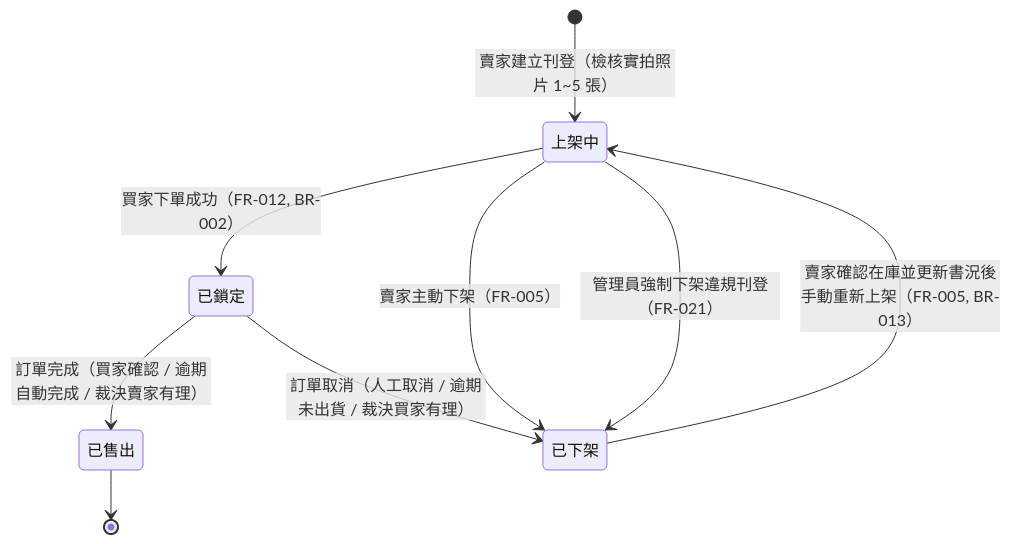
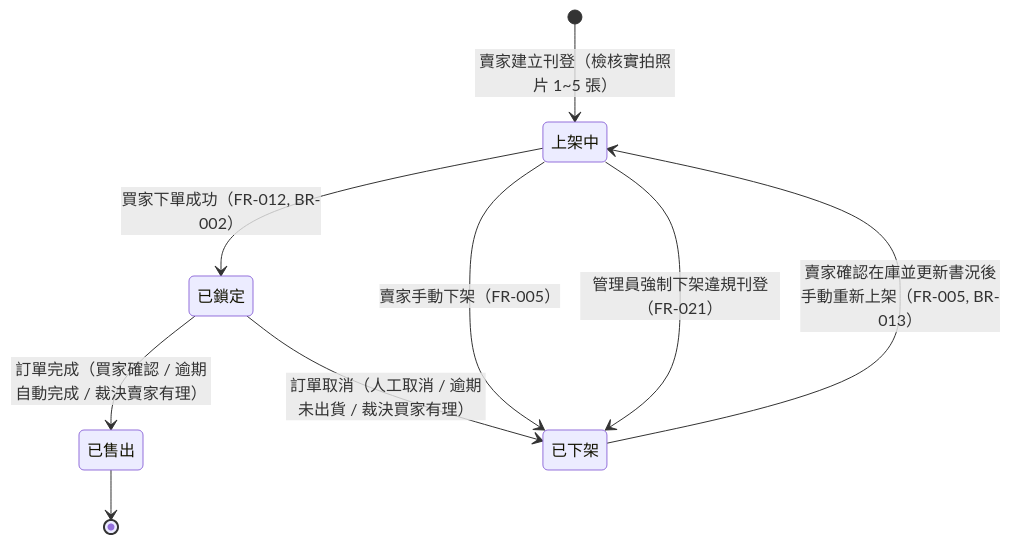
The fourth of 5 diagrams in docs/uml/UML_DIAGRAMS.md (hsiang051/NTUST-SE-Project), drawn with Mermaid before and after one commit. The commit also changed other lines of this file and 2 other files, not shown here.

Commit message:
docs: 更新 UML 類別圖與交易循序圖，補充書目快照屬性與詳細資訊

````diff
--- a/docs/uml/UML_DIAGRAMS.md
+++ b/docs/uml/UML_DIAGRAMS.md
@@ -486,16 +490,16 @@
 ```mermaid
 stateDiagram-v2
     direction TB
 
     [*] --> 上架中 : 賣家建立刊登（檢核實拍照片 1~5 張）
     已下架 --> 上架中 : 賣家確認在庫並更新書況後手動重新上架（FR-005, BR-013）
 
     上架中 --> 已鎖定 : 買家下單成功（FR-012, BR-002）
-    上架中 --> 已下架 : 賣家主動下架（FR-005）
+    上架中 --> 已下架 : 賣家手動下架（FR-005）
     上架中 --> 已下架 : 管理員強制下架違規刊登（FR-021）
 
     已鎖定 --> 已售出 : 訂單完成（買家確認 / 逾期自動完成 / 裁決賣家有理）
     已鎖定 --> 已下架 : 訂單取消（人工取消 / 逾期未出貨 / 裁決買家有理）
 
     已售出 --> [*]
 ```
````
